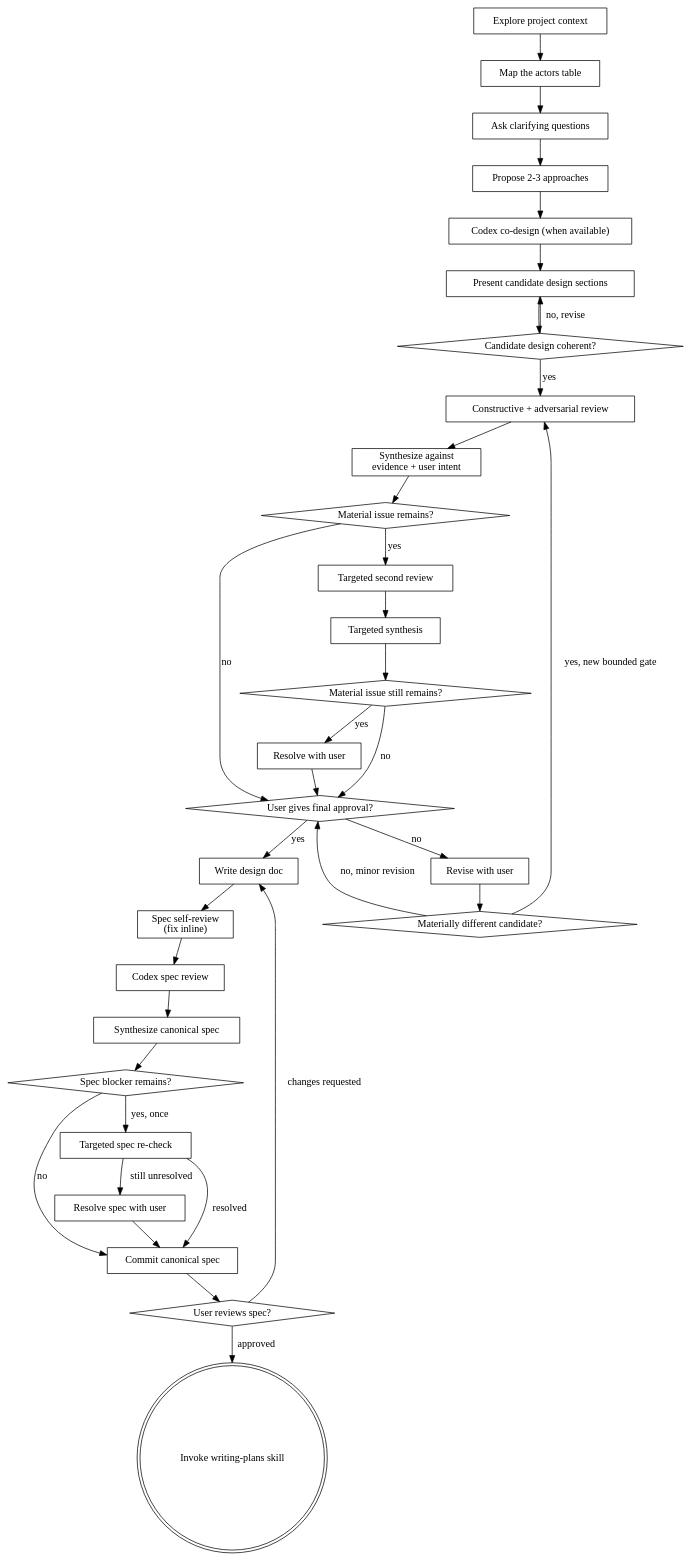
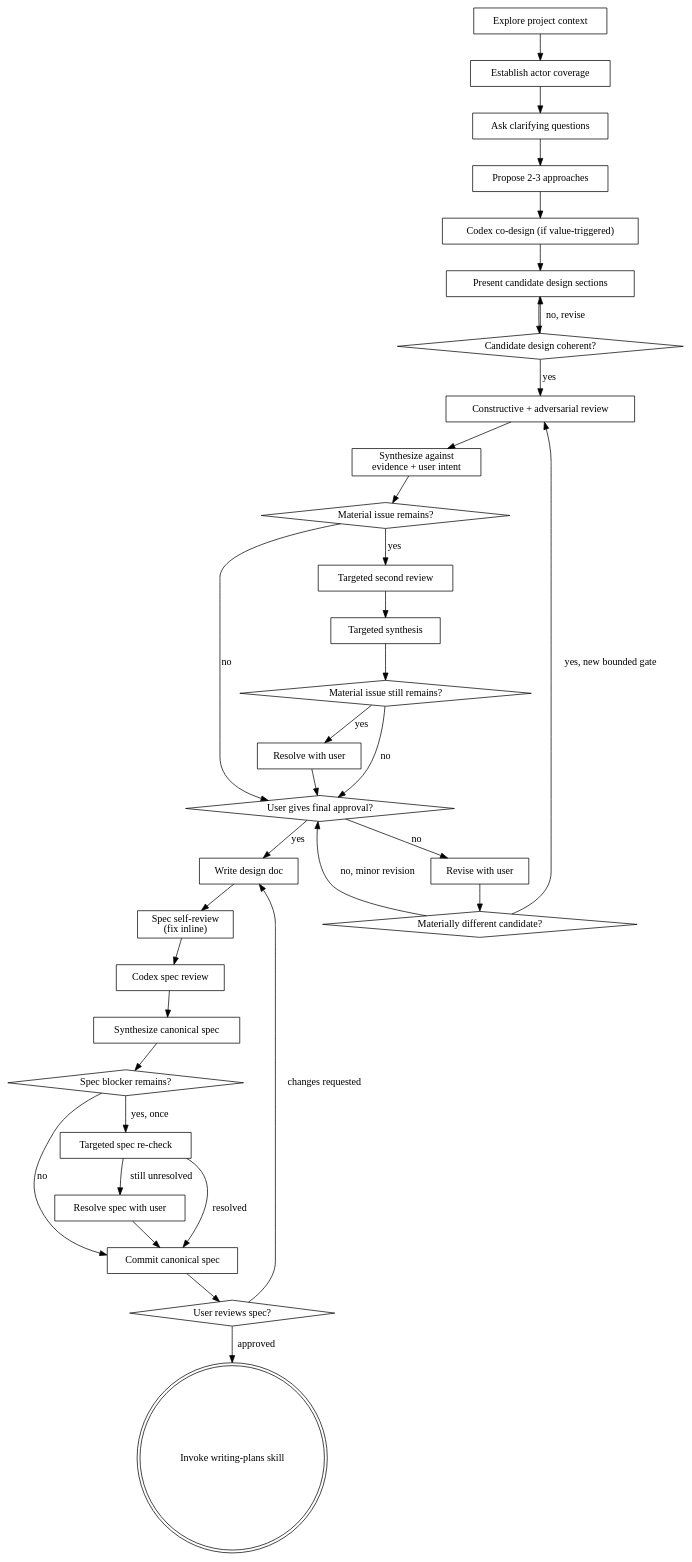
The diagram in skills/brainstorming/SKILL.md (stratusdesign/sd-superpowers), drawn with Graphviz before and after one commit. The commit also changed other lines of this file and 2 other files, not shown here.

````diff
--- a/skills/brainstorming/SKILL.md
+++ b/skills/brainstorming/SKILL.md
@@ -40,66 +40,66 @@
 ```dot
 digraph brainstorming {
     "Explore project context" [shape=box];
-    "Map the actors table" [shape=box];
+    "Establish actor coverage" [shape=box];
     "Ask clarifying questions" [shape=box];
     "Propose 2-3 approaches" [shape=box];
-    "Codex co-design (when available)" [shape=box];
+    "Codex co-design (if value-triggered)" [shape=box];
     "Present candidate design sections" [shape=box];
     "Candidate design coherent?" [shape=diamond];
     "Constructive + adversarial review" [shape=box];
     "Synthesize against\nevidence + user intent" [shape=box];
     "Material issue remains?" [shape=diamond];
     "Targeted second review" [shape=box];
     "Targeted synthesis" [shape=box];
     "Material issue still remains?" [shape=diamond];
     "Resolve with user" [shape=box];
     "User gives final approval?" [shape=diamond];
     "Revise with user" [shape=box];
     "Materially different candidate?" [shape=diamond];
     "Write design doc" [shape=box];
     "Spec self-review\n(fix inline)" [shape=box];
     "Codex spec review" [shape=box];
     "Synthesize canonical spec" [shape=box];
     "Spec blocker remains?" [shape=diamond];
     "Targeted spec re-check" [shape=box];
     "Resolve spec with user" [shape=box];
     "Commit canonical spec" [shape=box];
     "User reviews spec?" [shape=diamond];
     "Invoke writing-plans skill" [shape=doublecircle];
 
-    "Explore project context" -> "Map the actors table";
-    "Map the actors table" -> "Ask clarifying questions";
+    "Explore project context" -> "Establish actor coverage";
+    "Establish actor coverage" -> "Ask clarifying questions";
     "Ask clarifying questions" -> "Propose 2-3 approaches";
-    "Propose 2-3 approaches" -> "Codex co-design (when available)";
-    "Codex co-design (when available)" -> "Present candidate design sections";
+    "Propose 2-3 approaches" -> "Codex co-design (if value-triggered)";
+    "Codex co-design (if value-triggered)" -> "Present candidate design sections";
     "Present candidate design sections" -> "Candidate design coherent?";
     "Candidate design coherent?" -> "Present candidate design sections" [label="no, revise"];
     "Candidate design coherent?" -> "Constructive + adversarial review" [label="yes"];
     "Constructive + adversarial review" -> "Synthesize against\nevidence + user intent";
     "Synthesize against\nevidence + user intent" -> "Material issue remains?";
     "Material issue remains?" -> "Targeted second review" [label="yes"];
     "Targeted second review" -> "Targeted synthesis";
     "Targeted synthesis" -> "Material issue still remains?";
     "Material issue still remains?" -> "Resolve with user" [label="yes"];
     "Resolve with user" -> "User gives final approval?";
     "Material issue still remains?" -> "User gives final approval?" [label="no"];
     "Material issue remains?" -> "User gives final approval?" [label="no"];
     "User gives final approval?" -> "Revise with user" [label="no"];
     "Revise with user" -> "Materially different candidate?";
     "Materially different candidate?" -> "Constructive + adversarial review" [label="yes, new bounded gate"];
     "Materially different candidate?" -> "User gives final approval?" [label="no, minor revision"];
     "User gives final approval?" -> "Write design doc" [label="yes"];
     "Write design doc" -> "Spec self-review\n(fix inline)";
     "Spec self-review\n(fix inline)" -> "Codex spec review";
     "Codex spec review" -> "Synthesize canonical spec";
     "Synthesize canonical spec" -> "Spec blocker remains?";
     "Spec blocker remains?" -> "Targeted spec re-check" [label="yes, once"];
     "Targeted spec re-check" -> "Resolve spec with user" [label="still unresolved"];
     "Targeted spec re-check" -> "Commit canonical spec" [label="resolved"];
     "Resolve spec with user" -> "Commit canonical spec";
     "Spec blocker remains?" -> "Commit canonical spec" [label="no"];
     "Commit canonical spec" -> "User reviews spec?";
     "User reviews spec?" -> "Write design doc" [label="changes requested"];
     "User reviews spec?" -> "Invoke writing-plans skill" [label="approved"];
 }
 ```
````
